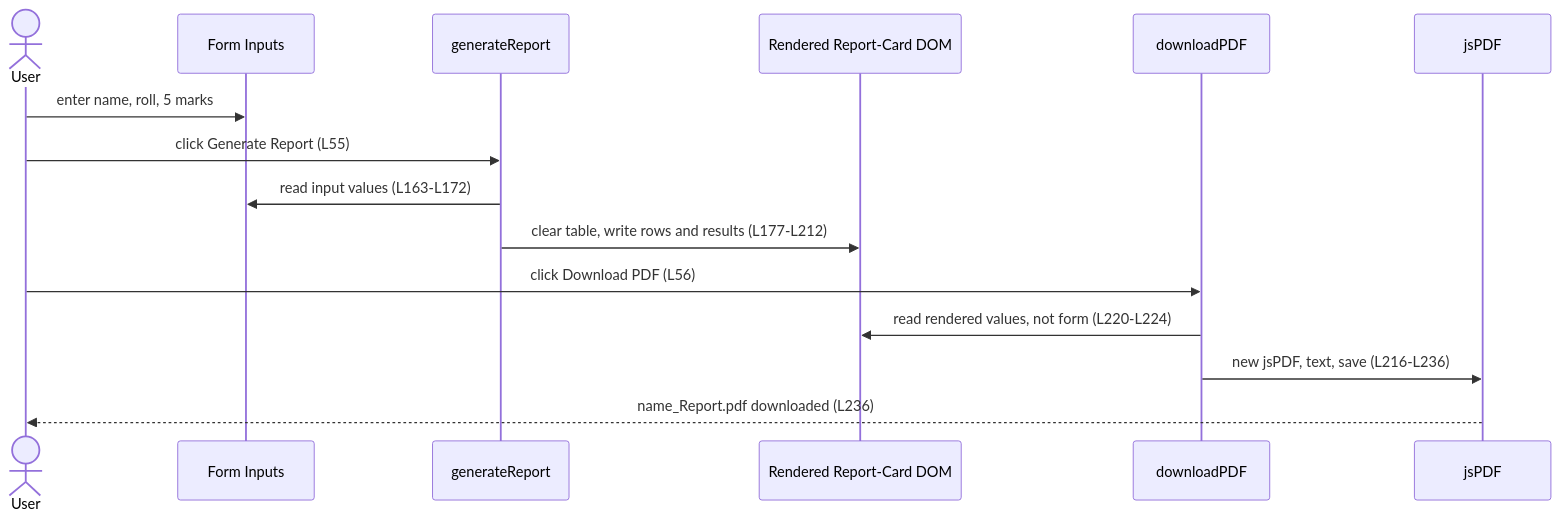
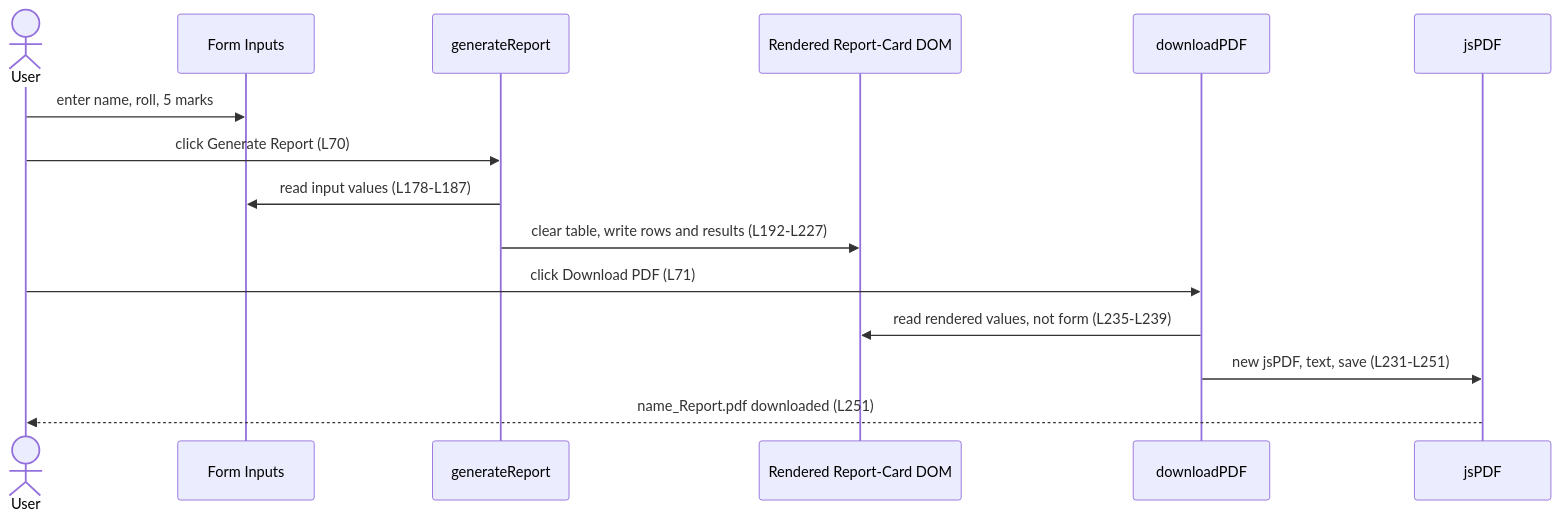
The first of 3 diagrams in docs/architecture/data-flow.md (ajitblitzy/Student_Mngt_09-Jun-2026), drawn with Mermaid before and after one commit. The commit also changed other lines of this file and 17 other files, not shown here.

````diff
--- a/docs/architecture/data-flow.md
+++ b/docs/architecture/data-flow.md
@@ -32,17 +32,17 @@
 ```mermaid
 sequenceDiagram
     actor User
     participant Form as Form Inputs
     participant GR as generateReport
     participant DOM as Rendered Report-Card DOM
     participant DL as downloadPDF
     participant PDF as jsPDF
     User->>Form: enter name, roll, 5 marks
-    User->>GR: click Generate Report (L55)
-    GR->>Form: read input values (L163-L172)
-    GR->>DOM: clear table, write rows and results (L177-L212)
-    User->>DL: click Download PDF (L56)
-    DL->>DOM: read rendered values, not form (L220-L224)
-    DL->>PDF: new jsPDF, text, save (L216-L236)
-    PDF-->>User: name_Report.pdf downloaded (L236)
+    User->>GR: click Generate Report (L70)
+    GR->>Form: read input values (L178-L187)
+    GR->>DOM: clear table, write rows and results (L192-L227)
+    User->>DL: click Download PDF (L71)
+    DL->>DOM: read rendered values, not form (L235-L239)
+    DL->>PDF: new jsPDF, text, save (L231-L251)
+    PDF-->>User: name_Report.pdf downloaded (L251)
 ```
````
